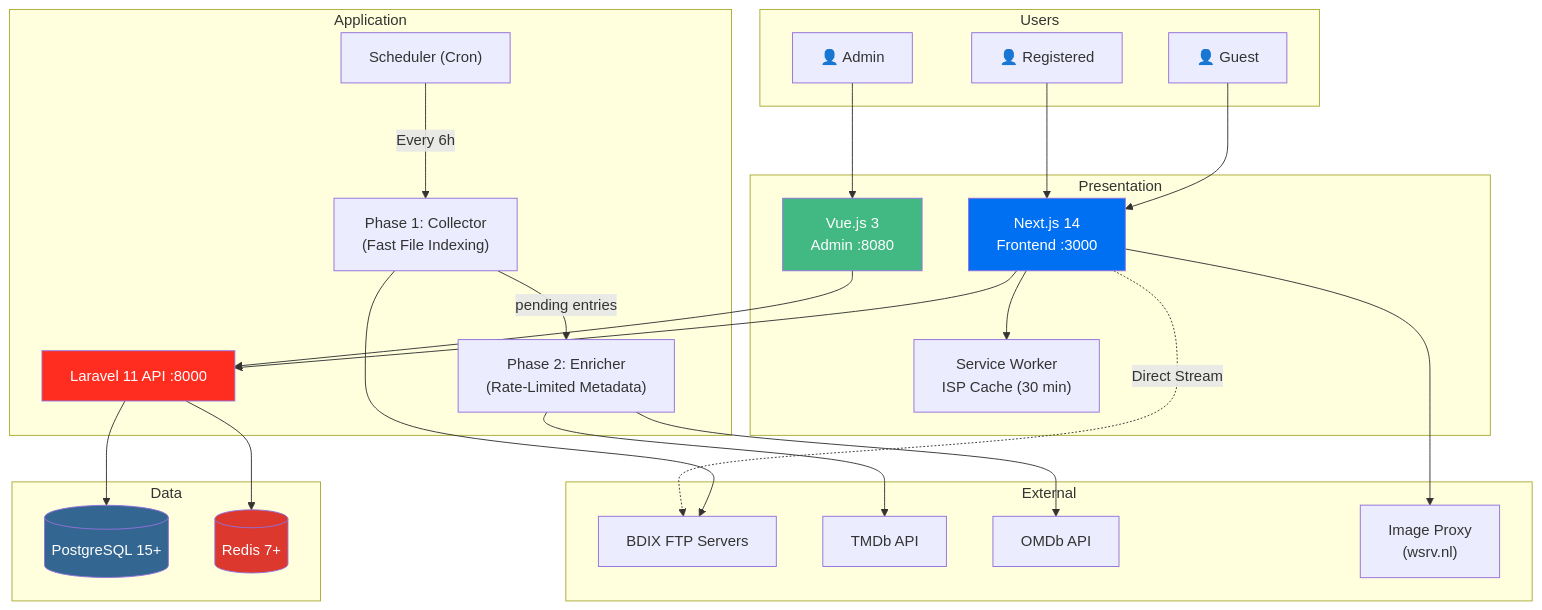
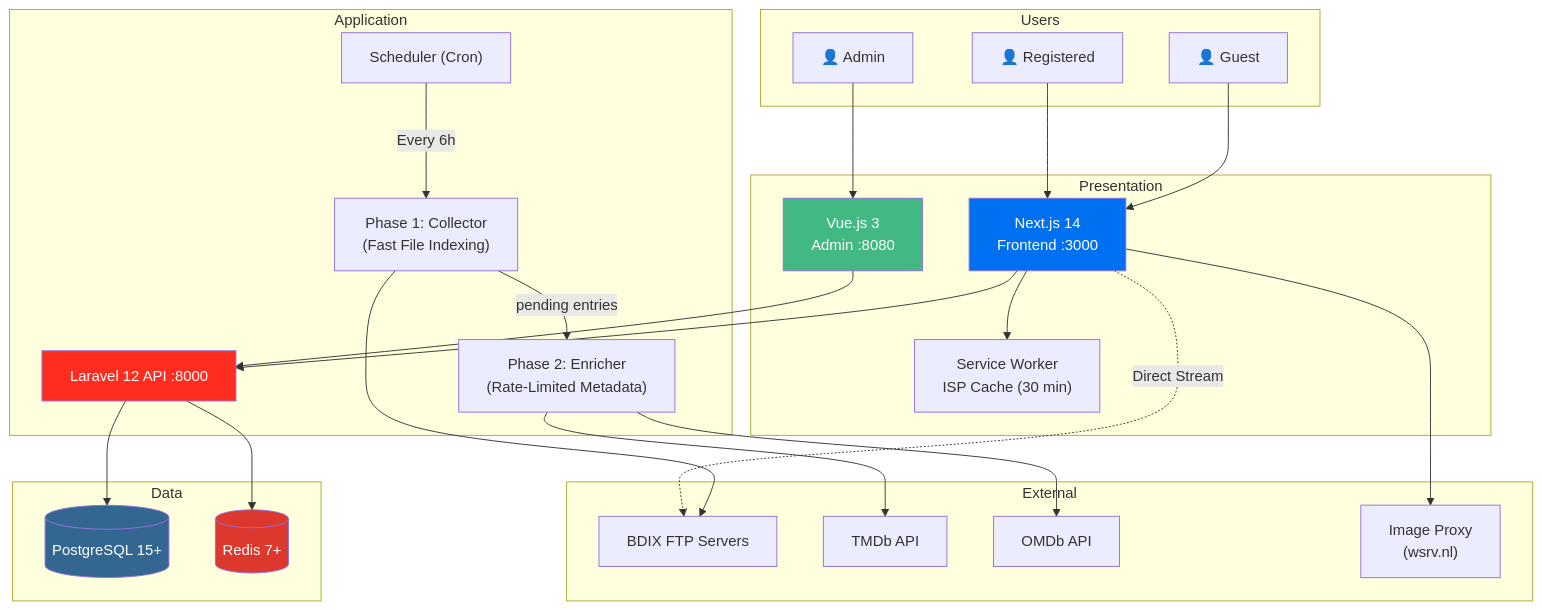
Before and after one commit to Iftekhar-Tasnim/Flixarion: the first of 7 diagrams in docs/architecture.md, drawn with Mermaid. The commit also changed other lines of this file and 9 other files, not shown here.

````diff
--- a/docs/architecture.md
+++ b/docs/architecture.md
@@ -12,51 +15,51 @@
 ```mermaid
 graph TB
     subgraph "Users"
         G["👤 Guest"]
         R["👤 Registered"]
         A["👤 Admin"]
     end
 
     subgraph "Presentation"
         FE["Next.js 14<br/>Frontend :3000"]
         AP["Vue.js 3<br/>Admin :8080"]
         SW["Service Worker<br/>ISP Cache (30 min)"]
     end
 
     subgraph "Application"
-        API["Laravel 11 API :8000"]
+        API["Laravel 12 API :8000"]
         COL["Phase 1: Collector<br/>(Fast File Indexing)"]
         ENR["Phase 2: Enricher<br/>(Rate-Limited Metadata)"]
         SCHED["Scheduler (Cron)"]
     end
 
     subgraph "Data"
         DB[("PostgreSQL 15+")]
         RD[("Redis 7+")]
     end
 
     subgraph "External"
         BDIX["BDIX FTP Servers"]
         TMDB["TMDb API"]
         OMDB["OMDb API"]
         IMG["Image Proxy<br/>(wsrv.nl)"]
     end
 
     G & R --> FE
     A --> AP
     FE & AP --> API
     FE --> SW
     API --> DB & RD
     COL --> BDIX
     ENR --> TMDB & OMDB
     SCHED -->|"Every 6h"| COL
     COL -->|"pending entries"| ENR
     FE -.->|"Direct Stream"| BDIX
     FE --> IMG
 
     style FE fill:#0070f3,color:#fff
     style AP fill:#42b883,color:#fff
     style API fill:#ff2d20,color:#fff
     style DB fill:#336791,color:#fff
     style RD fill:#dc382d,color:#fff
 ```
````
